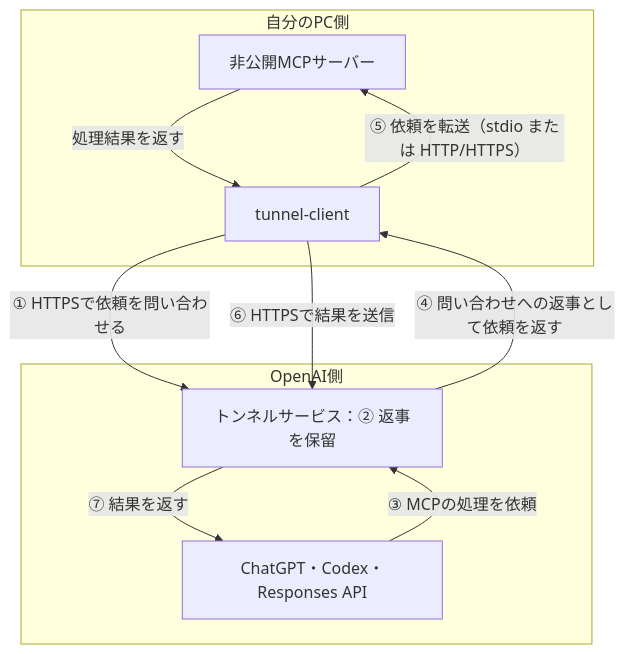
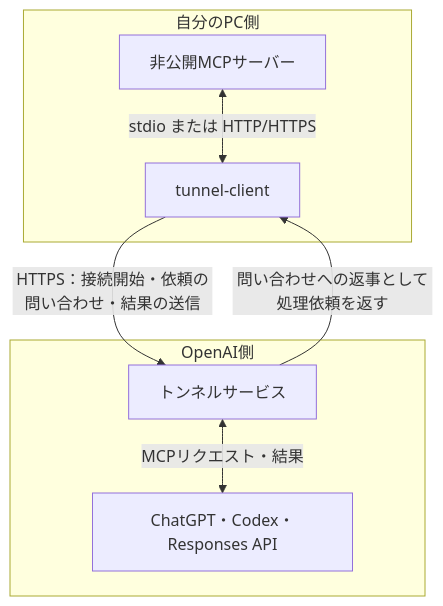
One commit to kkoch5t2/zenn-contents changed the first of 4 diagrams in articles/openai-secure-mcp-tunnel.md. Above: the diagram before and after it, drawn with Mermaid. The commit also changed other lines of this file, not shown here.

Commit message:
docs: restore unnumbered architecture overview

````diff
--- a/articles/openai-secure-mcp-tunnel.md
+++ b/articles/openai-secure-mcp-tunnel.md
@@ -42,18 +42,15 @@
 ```mermaid
 flowchart TB
     subgraph PRIVATE["自分のPC側"]
         MCP["非公開MCPサーバー"]
         CLIENT["tunnel-client"]
-        MCP -->|"処理結果を返す"| CLIENT
-        CLIENT -->|"⑤ 依頼を転送（stdio または HTTP/HTTPS）"| MCP
+        MCP <-->|"stdio または HTTP/HTTPS"| CLIENT
     end
     subgraph OPENAI["OpenAI側"]
-        SERVICE["トンネルサービス：② 返事を保留"]
+        SERVICE["トンネルサービス"]
         PRODUCT["ChatGPT・Codex・Responses API"]
-        SERVICE -->|"⑦ 結果を返す"| PRODUCT
-        PRODUCT -->|"③ MCPの処理を依頼"| SERVICE
+        SERVICE <-->|"MCPリクエスト・結果"| PRODUCT
     end
-    CLIENT -->|"① HTTPSで依頼を問い合わせる"| SERVICE
-    SERVICE -->|"④ 問い合わせへの返事として依頼を返す"| CLIENT
-    CLIENT -->|"⑥ HTTPSで結果を送信"| SERVICE
+    CLIENT -->|"HTTPS：接続開始・依頼の問い合わせ・結果の送信"| SERVICE
+    SERVICE -->|"問い合わせへの返事として処理依頼を返す"| CLIENT
 ```
````
